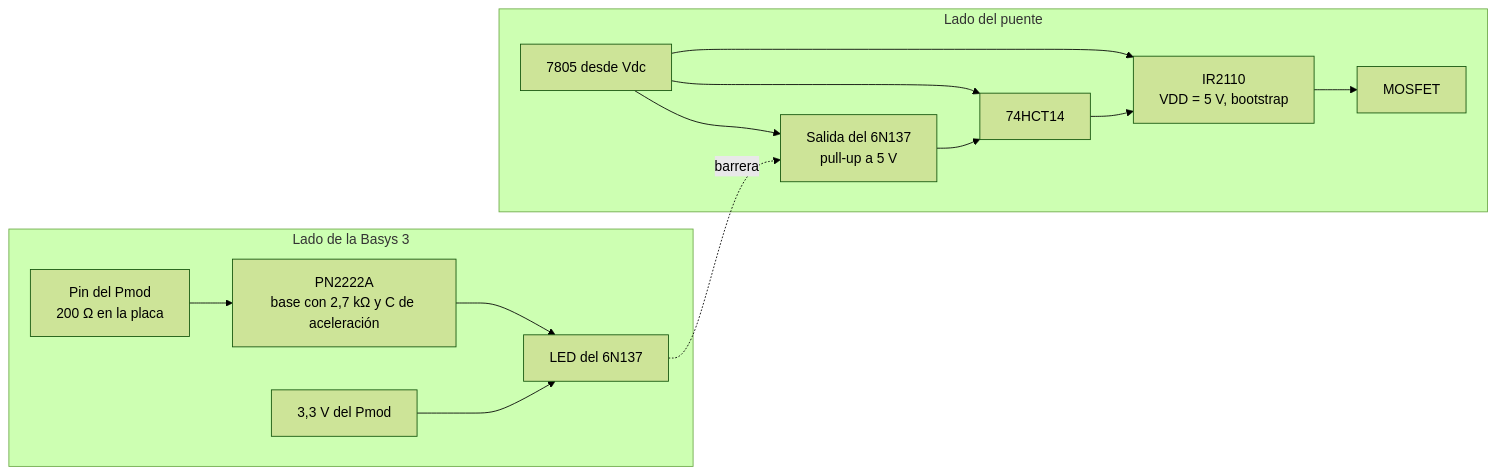
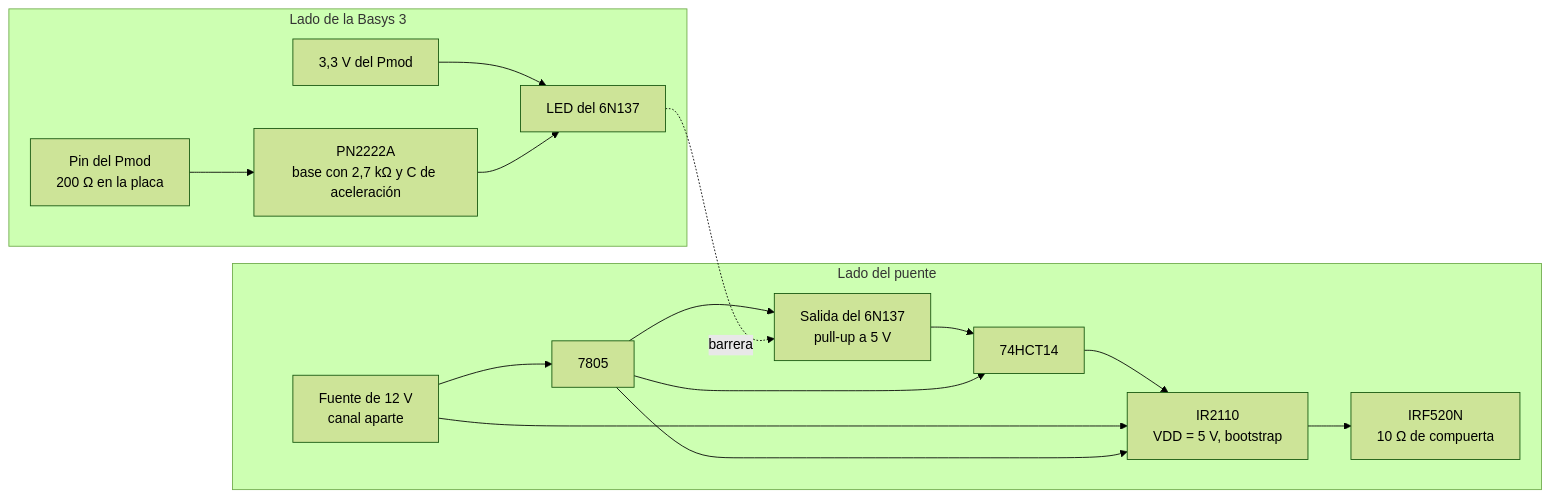
Before and after one commit to Taller-de-diseno-digital-GR01/Proyecto-4-Regulador-PR: the diagram in potencia/diseno_puente_h.md, drawn with Mermaid (forest theme). The commit also changed other lines of this file, not shown here.

Commit message:
diseno_puente_h con el MOSFET, las pérdidas, la resistencia de compuerta y el dimensionamiento del bootstrap

````diff
--- a/potencia/diseno_puente_h.md
+++ b/potencia/diseno_puente_h.md
@@ -42,17 +110,19 @@
 ```mermaid
 flowchart LR
     subgraph basys["Lado de la Basys 3"]
         pin["Pin del Pmod<br/>200 Ω en la placa"] --> q["PN2222A<br/>base con 2,7 kΩ y C de aceleración"]
         v33["3,3 V del Pmod"] --> led["LED del 6N137"]
         q --> led
     end
     subgraph potencia["Lado del puente"]
         opto["Salida del 6N137<br/>pull-up a 5 V"] --> inv["74HCT14"]
         inv --> drv["IR2110<br/>VDD = 5 V, bootstrap"]
-        drv --> mos["MOSFET"]
-        v5["7805 desde Vdc"] --> opto
+        drv --> mos["IRF520N<br/>10 Ω de compuerta"]
+        v12["Fuente de 12 V<br/>canal aparte"] --> drv
+        v12 --> v5["7805"]
+        v5 --> opto
         v5 --> inv
         v5 --> drv
     end
     led -. barrera .-> opto
 ```
````
